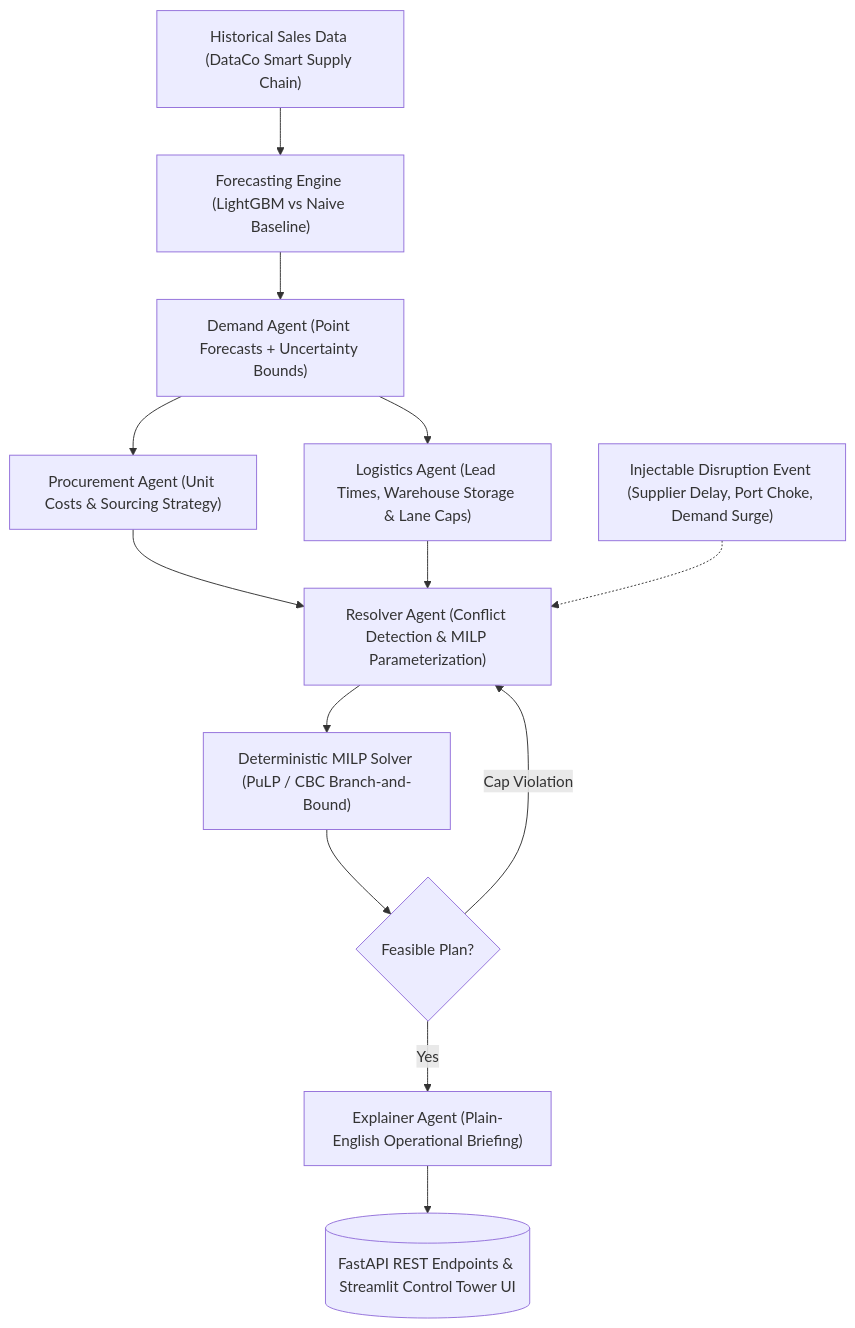
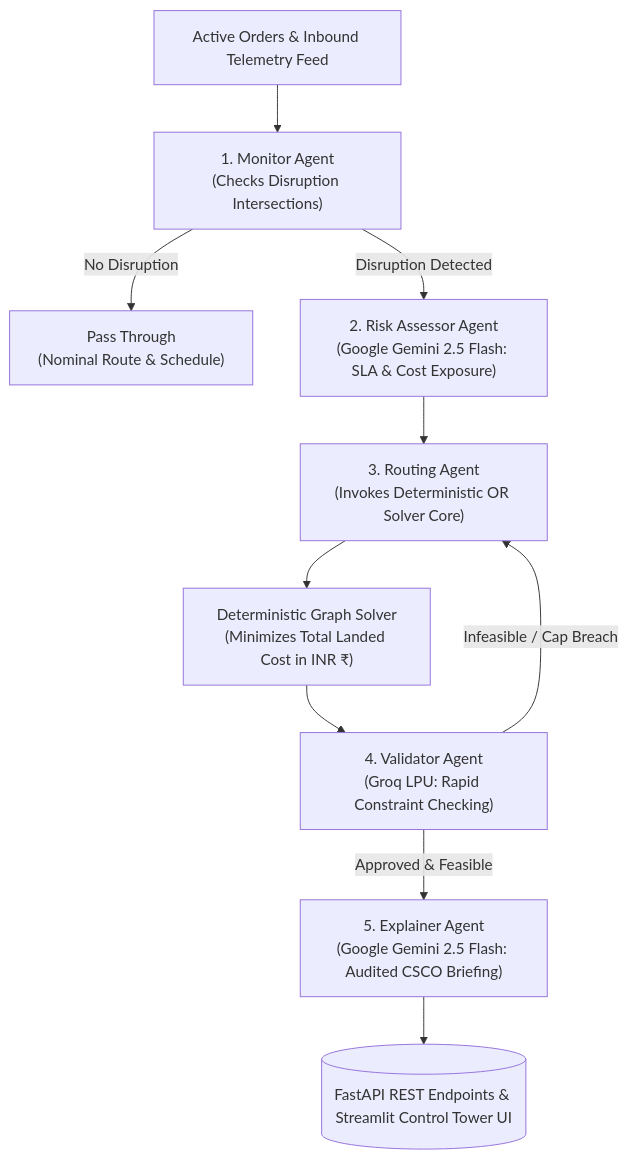
The diagram in README.md (sounakss7/SCM_AGENTIC_WORKFLOW), drawn with Mermaid before and after one commit. The commit also changed other lines of this file and 24 other files, not shown here.

Commit message:
feat: complete Indian Supply Chain Resilience Control Tower (5-Agent LangGraph + OR Solver Core + Gemini/Groq Routing)

````diff
--- a/README.md
+++ b/README.md
@@ -36,20 +30,17 @@
 ```mermaid
 flowchart TD
-    A["Historical Sales Data (DataCo Smart Supply Chain)"] --> B["Forecasting Engine (LightGBM vs Naive Baseline)"]
-    B --> C["Demand Agent (Point Forecasts + Uncertainty Bounds)"]
+    A["Active Orders & Inbound Telemetry Feed"] --> B["1. Monitor Agent\n(Checks Disruption Intersections)"]
     
-    C --> D["Procurement Agent (Unit Costs & Sourcing Strategy)"]
-    C --> E["Logistics Agent (Lead Times, Warehouse Storage & Lane Caps)"]
+    B -- "No Disruption" --> C["Pass Through\n(Nominal Route & Schedule)"]
+    B -- "Disruption Detected" --> D["2. Risk Assessor Agent\n(Google Gemini 2.5 Flash: SLA & Cost Exposure)"]
     
-    D --> F["Resolver Agent (Conflict Detection & MILP Parameterization)"]
-    E --> F
+    D --> E["3. Routing Agent\n(Invokes Deterministic OR Solver Core)"]
     
-    G["Injectable Disruption Event (Supplier Delay, Port Choke, Demand Surge)"] -.-> F
+    E --> F["Deterministic Graph Solver\n(Minimizes Total Landed Cost in INR ₹)"]
+    F --> G["4. Validator Agent\n(Groq LPU: Rapid Constraint Checking)"]
     
-    F --> H["Deterministic MILP Solver (PuLP / CBC Branch-and-Bound)"]
-    H --> I{"Feasible Plan?"}
-    I -- "Yes" --> J["Explainer Agent (Plain-English Operational Briefing)"]
-    I -- "Cap Violation" --> F
+    G -- "Infeasible / Cap Breach" --> E
+    G -- "Approved & Feasible" --> H["5. Explainer Agent\n(Google Gemini 2.5 Flash: Audited CSCO Briefing)"]
     
-    J --> K[("FastAPI REST Endpoints & Streamlit Control Tower UI")]
+    H --> I[("FastAPI REST Endpoints & Streamlit Control Tower UI")]
 ```
````
